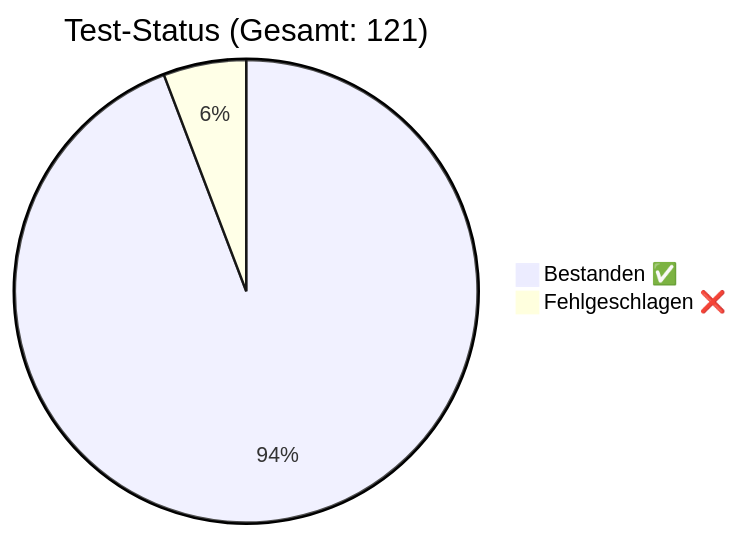
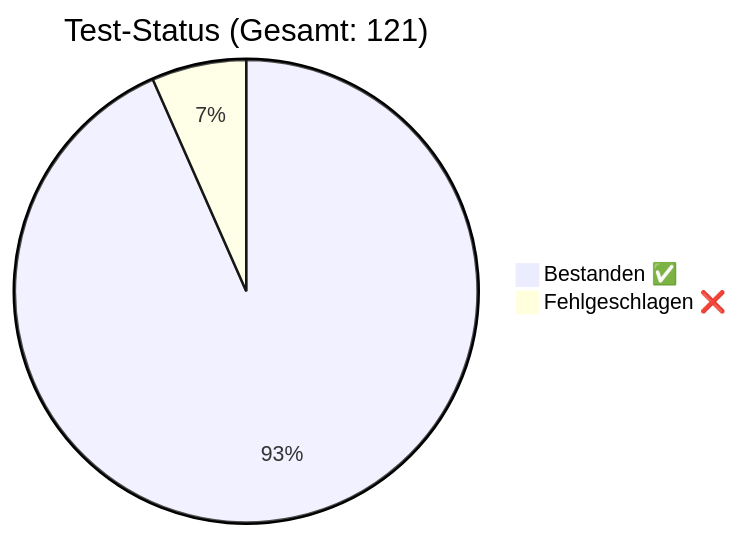
Before and after one commit to rorila/GCS: the diagram in docs/QA_Report.md, drawn with Mermaid. The commit also changed other lines of this file and 22 other files, not shown here.

Commit message:
fix: Tests korrigiert nach Flow-Layout und Speicherpfad-Umstellung

````diff
--- a/docs/QA_Report.md
+++ b/docs/QA_Report.md
@@ -7,5 +7,5 @@
 ```mermaid
 pie title Test-Status (Gesamt: 121)
-    "Bestanden ✅" : 114
-    "Fehlgeschlagen ❌" : 7
+    "Bestanden ✅" : 113
+    "Fehlgeschlagen ❌" : 8
 ```
````
